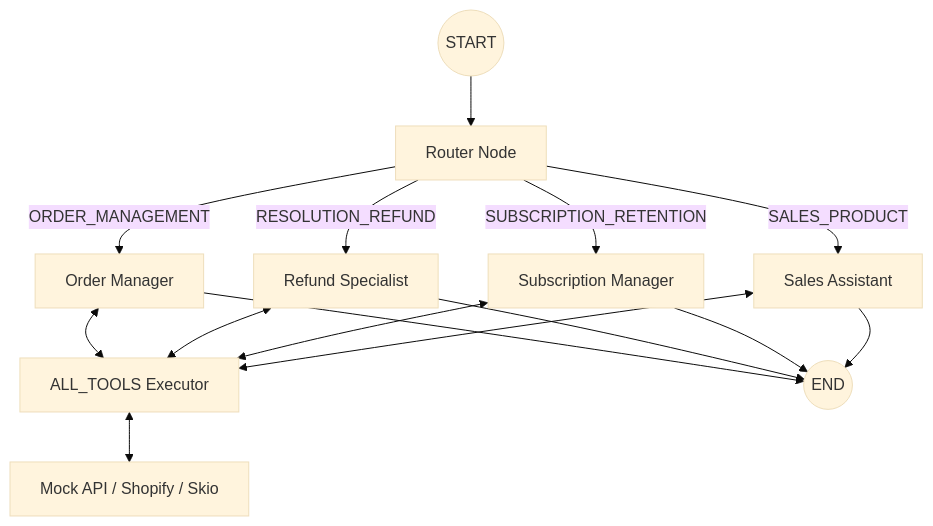
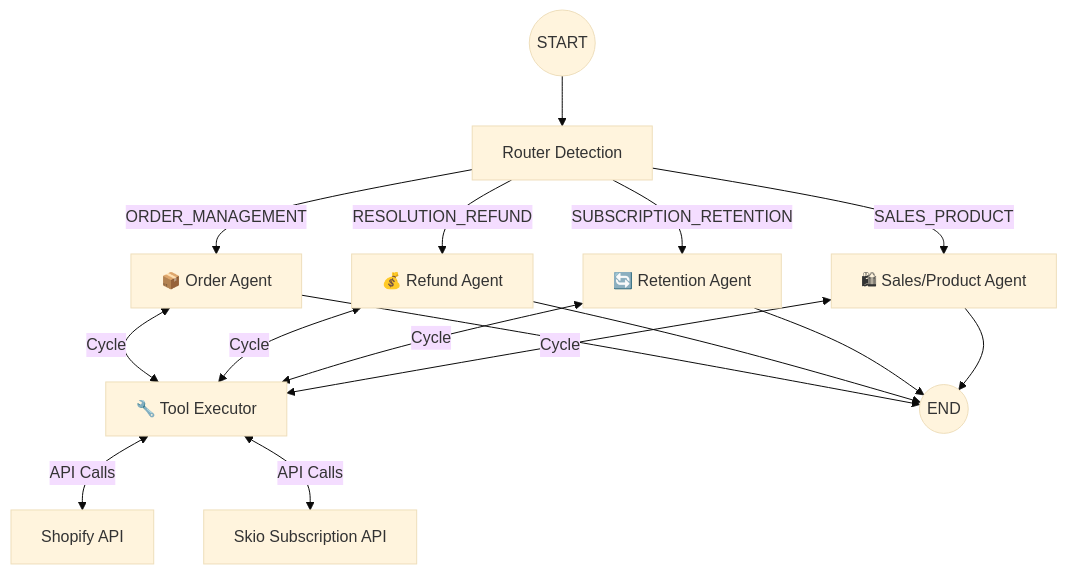
The diagram in proje/docs/Backend_Architecture.md (HyperDeathh/Lookfor_Hackathon_2026_Torino), drawn with Mermaid (base theme) before and after one commit. The commit also changed other lines of this file, not shown here.

````diff
--- a/proje/docs/Backend_Architecture.md
+++ b/proje/docs/Backend_Architecture.md
@@ -32,21 +27,26 @@
 ```mermaid
 graph TD
-    Start((START)) --> Router[Router Node]
+    Start((START)) --> Router[Router Detection]
 
-    Router -- "ORDER_MANAGEMENT" --> OrderAgent[Order Manager]
-    Router -- "RESOLUTION_REFUND" --> RefundAgent[Refund Specialist]
-    Router -- "SUBSCRIPTION_RETENTION" --> SubAgent[Subscription Manager]
-    Router -- "SALES_PRODUCT" --> SalesAgent[Sales Assistant]
+    %% Router Decisions
+    Router -- "ORDER_MANAGEMENT" --> OrderAgent[📦 Order Agent]
+    Router -- "RESOLUTION_REFUND" --> RefundAgent[💰 Refund Agent]
+    Router -- "SUBSCRIPTION_RETENTION" --> SubAgent[🔄 Retention Agent]
+    Router -- "SALES_PRODUCT" --> SalesAgent[🛍 Sales/Product Agent]
 
-    OrderAgent <--> Tools[ALL_TOOLS Executor]
-    RefundAgent <--> Tools
-    SubAgent <--> Tools
-    SalesAgent <--> Tools
+    %% Cyclic Execution (The Brain Loop)
+    OrderAgent <-->|Cycle| ToolNode[🔧 Tool Executor]
+    RefundAgent <-->|Cycle| ToolNode
+    SubAgent <-->|Cycle| ToolNode
+    SalesAgent <-->|Cycle| ToolNode
 
-    Tools <--> MockAPI[Mock API / Shopify / Skio]
+    %% External Systems
+    ToolNode <-->|API Calls| Shopify[Shopify API]
+    ToolNode <-->|API Calls| Skio[Skio Subscription API]
 
+    %% Termination
     OrderAgent --> End((END))
     RefundAgent --> End
     SubAgent --> End
     SalesAgent --> End
 ```
````
